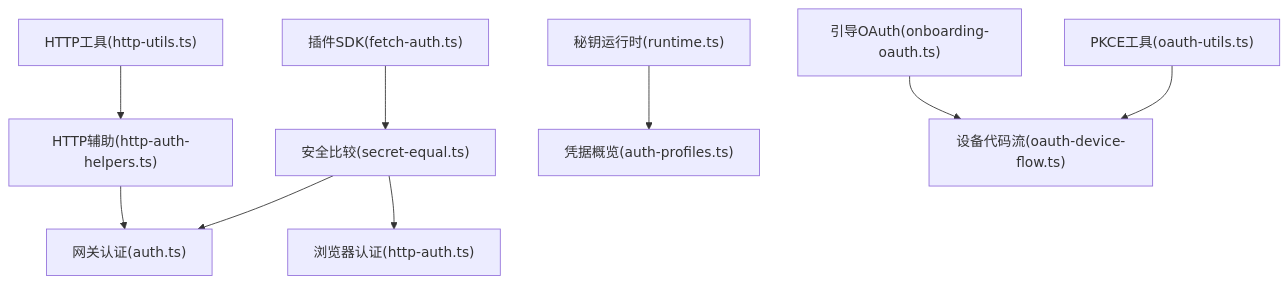
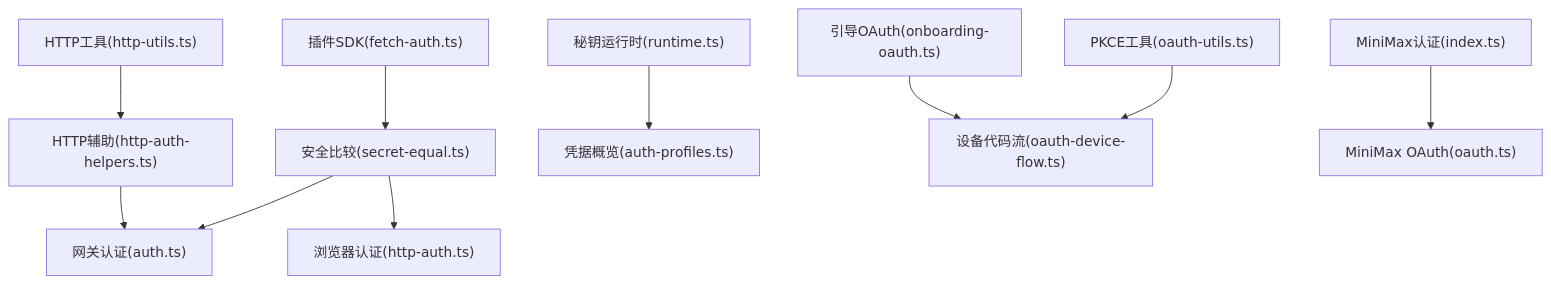
Before and after one commit to verse-ai-org/openclaw: diagram 12 of 13 in .qoder/repowiki/zh/content/安全与配置/认证系统/认证系统.md, drawn with Mermaid. The commit also changed other lines of this file and 12 other files, not shown here.

````diff
--- a/.qoder/repowiki/zh/content/安全与配置/认证系统/认证系统.md
+++ b/.qoder/repowiki/zh/content/安全与配置/认证系统/认证系统.md
@@ -458,11 +553,12 @@
 ```mermaid
 graph TB
 SEC["安全比较(secret-equal.ts)"] --> GA["网关认证(auth.ts)"]
 SEC --> BA["浏览器认证(http-auth.ts)"]
 UT["HTTP工具(http-utils.ts)"] --> GAH["HTTP辅助(http-auth-helpers.ts)"]
 GAH --> GA
 RT["秘钥运行时(runtime.ts)"] --> AP["凭据概览(auth-profiles.ts)"]
 FA["插件SDK(fetch-auth.ts)"] --> SEC
 PU["PKCE工具(oauth-utils.ts)"] --> ODF["设备代码流(oauth-device-flow.ts)"]
 OOA["引导OAuth(onboarding-oauth.ts)"] --> ODF
+MMA["MiniMax认证(index.ts)"] --> MMO["MiniMax OAuth(oauth.ts)"]
 ```
````
